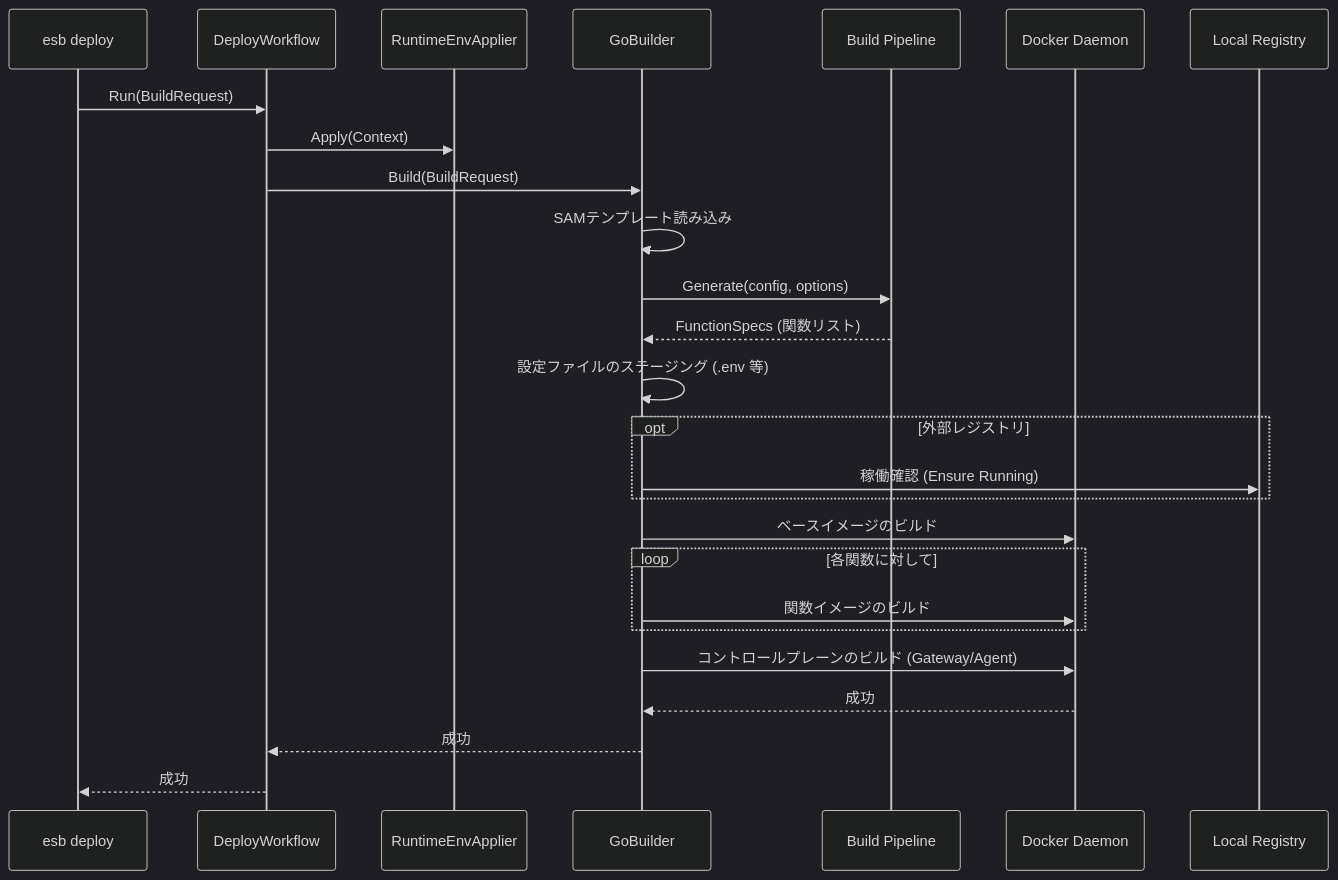
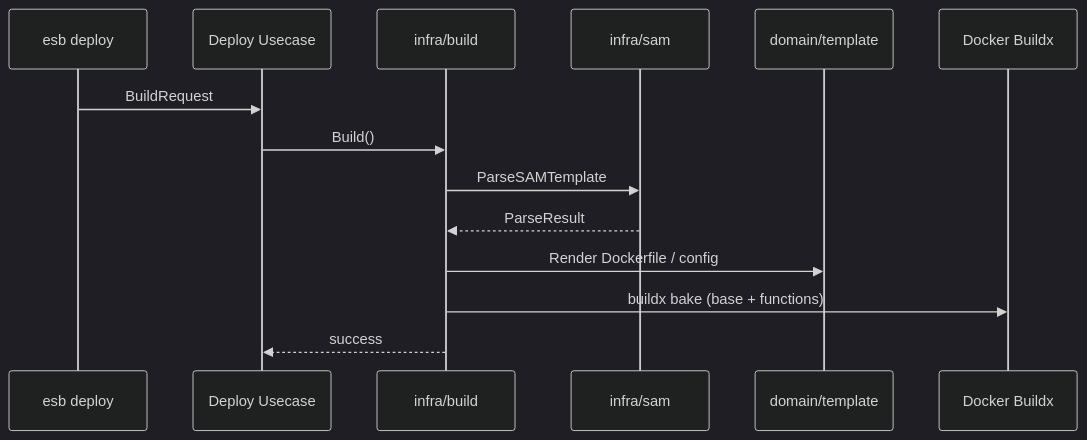
One commit to poruru-code/esb-cli changed the diagram in docs/build.md. Above: the diagram before and after it, drawn with Mermaid (dark theme). The commit also changed other lines of this file and 6 other files, not shown here.

````diff
--- a/docs/build.md
+++ b/docs/build.md
@@ -44,35 +29,17 @@
 ```mermaid
 sequenceDiagram
     participant CLI as esb deploy
-    participant WF as DeployWorkflow
-    participant Env as RuntimeEnvApplier
-    participant Builder as GoBuilder
-    participant Generator as Build Pipeline
-    participant Docker as Docker Daemon
-    participant Registry as Local Registry
+    participant UC as Deploy Usecase
+    participant Build as infra/build
+    participant SAM as infra/sam
+    participant Tpl as domain/template
+    participant Docker as Docker Buildx
 
-    CLI->>WF: Run(BuildRequest)
-    WF->>Env: Apply(Context)
-    WF->>Builder: Build(BuildRequest)
-    Builder->>Builder: SAMテンプレート読み込み
-    Builder->>Generator: Generate(config, options)
-    Generator-->>Builder: FunctionSpecs (関数リスト)
-
-    Builder->>Builder: 設定ファイルのステージング (.env 等)
-
-    opt 外部レジストリ
-        Builder->>Registry: 稼働確認 (Ensure Running)
-    end
-
-    Builder->>Docker: ベースイメージのビルド
-
-    loop 各関数に対して
-        Builder->>Docker: 関数イメージのビルド
-    end
-
-    Builder->>Docker: コントロールプレーンのビルド (Gateway/Agent)
-
-    Docker-->>Builder: 成功
-    Builder-->>WF: 成功
-    WF-->>CLI: 成功
+    CLI->>UC: BuildRequest
+    UC->>Build: Build()
+    Build->>SAM: ParseSAMTemplate
+    SAM-->>Build: ParseResult
+    Build->>Tpl: Render Dockerfile / config
+    Build->>Docker: buildx bake (base + functions)
+    Build-->>UC: success
 ```
````
